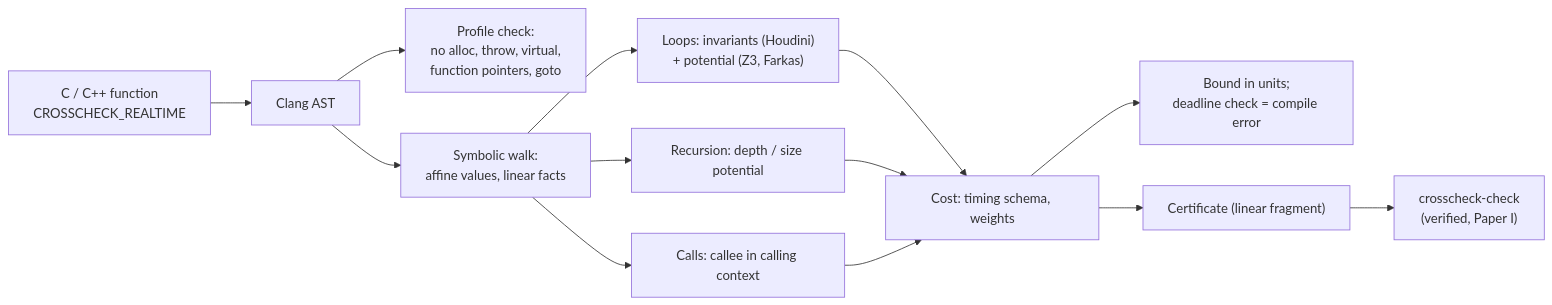
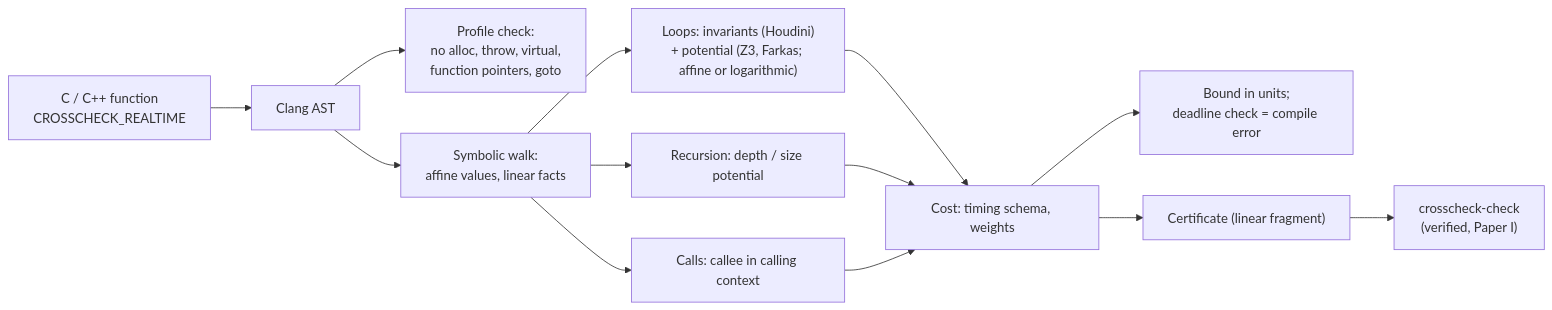
One commit to ldallolio/crosscheck changed the first of 2 diagrams in docs/guide/03-paper-tool.md. Above: the diagram before and after it, drawn with Mermaid. The commit also changed other lines of this file and 31 other files, not shown here.

First line of the commit message:
Growing logarithmic loops (whileGrow), exact unsigned division; guide updated

````diff
--- a/docs/guide/03-paper-tool.md
+++ b/docs/guide/03-paper-tool.md
@@ -8,15 +8,15 @@
 ```mermaid
 flowchart LR
   SRC["C / C++ function<br/>CROSSCHECK_REALTIME"] --> CL["Clang AST"]
   CL --> PROF["Profile check:<br/>no alloc, throw, virtual,<br/>function pointers, goto"]
   CL --> SYM["Symbolic walk:<br/>affine values, linear facts"]
-  SYM --> LOOP["Loops: invariants (Houdini)<br/>+ potential (Z3, Farkas)"]
+  SYM --> LOOP["Loops: invariants (Houdini)<br/>+ potential (Z3, Farkas; affine or logarithmic)"]
   SYM --> REC["Recursion: depth / size potential"]
   SYM --> CALL["Calls: callee in calling context"]
   LOOP --> COST["Cost: timing schema, weights"]
   REC --> COST
   CALL --> COST
   COST --> OUT1["Bound in units;<br/>deadline check = compile error"]
   COST --> CERT["Certificate (linear fragment)"]
   CERT --> CHK["crosscheck-check<br/>(verified, Paper I)"]
 ```
````
